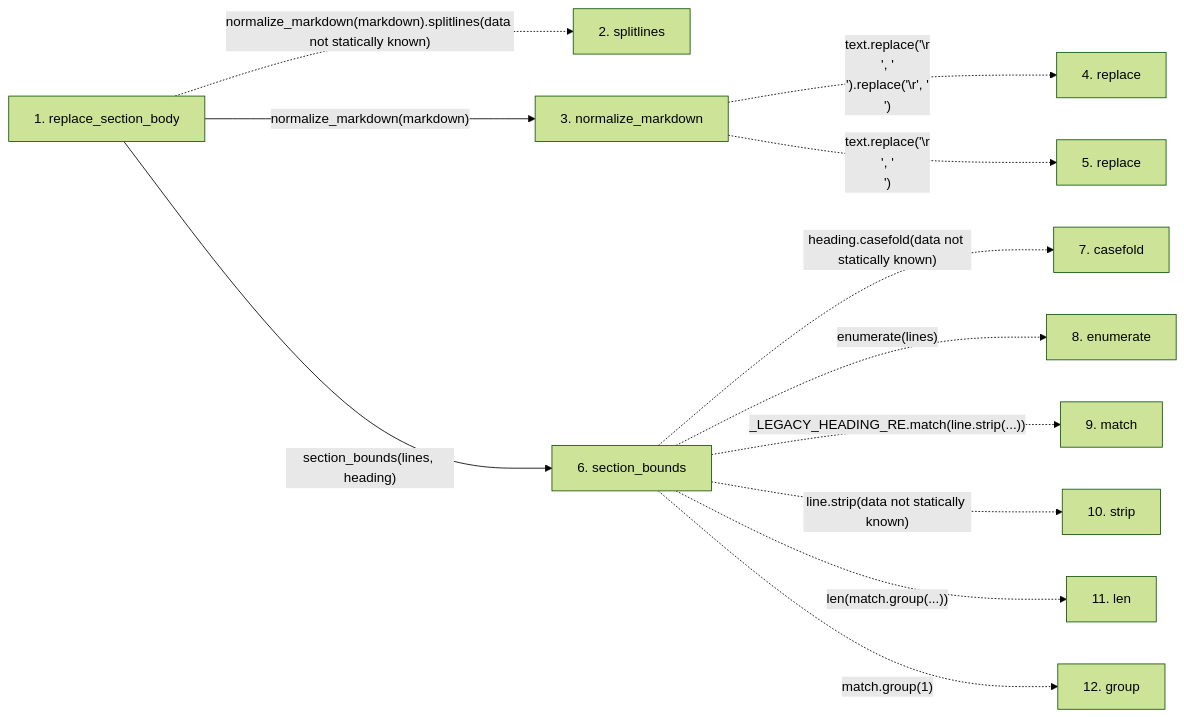
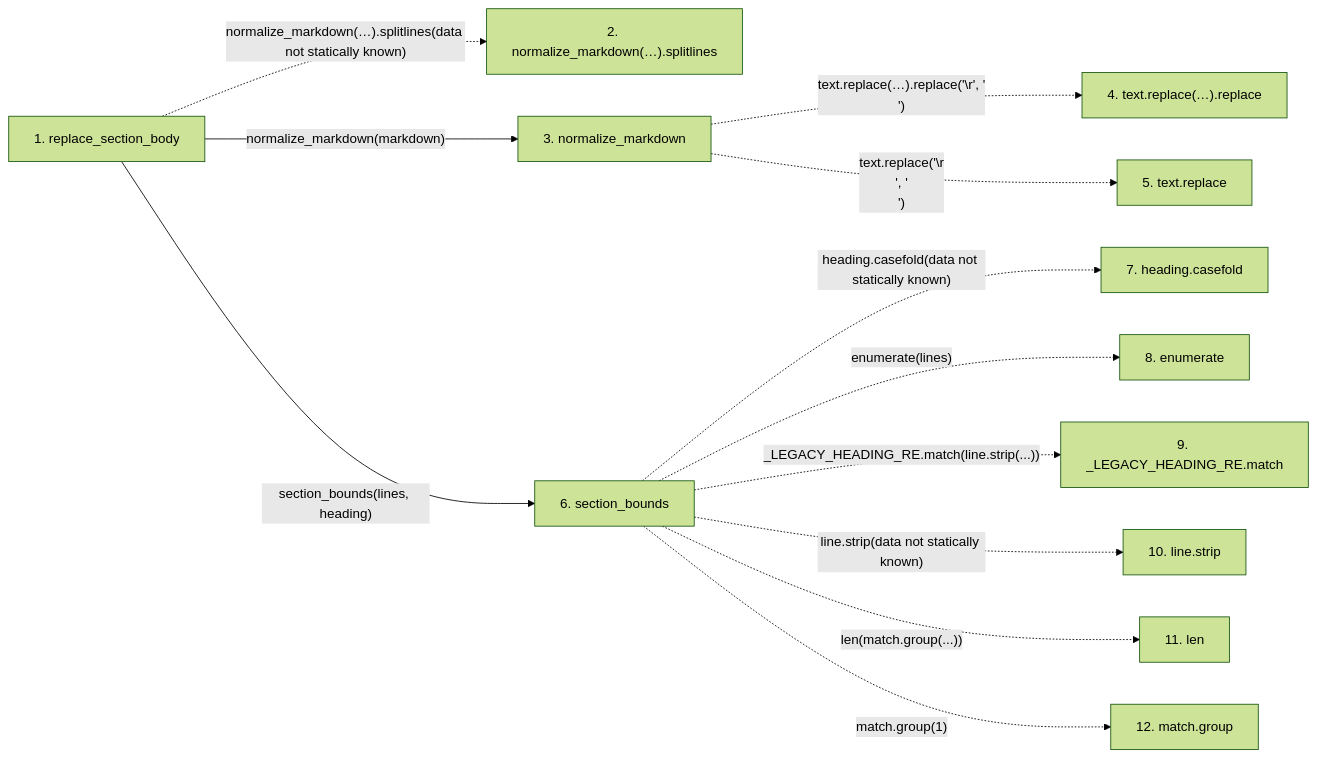
Before and after one commit to Denissvgn/python-wiki-llm: the second of 2 diagrams in docs/llm_wiki/flows/api-replace_section_body.md, drawn with Mermaid (forest theme). The commit also changed other lines of this file and 719 other files, not shown here.

````diff
--- a/docs/llm_wiki/flows/api-replace_section_body.md
+++ b/docs/llm_wiki/flows/api-replace_section_body.md
@@ -53,29 +59,29 @@
 ```mermaid
 flowchart LR
     s1["1. replace_section_body"]
-    s2["2. splitlines"]
+    s2["2. normalize_markdown(…).splitlines"]
     s3["3. normalize_markdown"]
-    s4["4. replace"]
-    s5["5. replace"]
+    s4["4. text.replace(…).replace"]
+    s5["5. text.replace"]
     s6["6. section_bounds"]
-    s7["7. casefold"]
+    s7["7. heading.casefold"]
     s8["8. enumerate"]
-    s9["9. match"]
-    s10["10. strip"]
+    s9["9. _LEGACY_HEADING_RE.match"]
+    s10["10. line.strip"]
     s11["11. len"]
-    s12["12. group"]
-    s1 -. "normalize_markdown(markdown).splitlines(data not statically known)" .-> s2
+    s12["12. match.group"]
+    s1 -. "normalize_markdown(…).splitlines(data not statically known)" .-> s2
     s1 -->|"normalize_markdown(markdown)"| s3
-    s3 -. "text.replace('\r\n', '\n').replace('\r', '\n')" .-> s4
+    s3 -. "text.replace(…).replace('\r', '\n')" .-> s4
     s3 -. "text.replace('\r\n', '\n')" .-> s5
     s1 -->|"section_bounds(lines, heading)"| s6
     s6 -. "heading.casefold(data not statically known)" .-> s7
     s6 -. "enumerate(lines)" .-> s8
     s6 -. "_LEGACY_HEADING_RE.match(line.strip(...))" .-> s9
     s6 -. "line.strip(data not statically known)" .-> s10
     s6 -. "len(match.group(...))" .-> s11
     s6 -. "match.group(1)" .-> s12
     click s1 "../modules/markdown_sections.md"
     click s3 "../modules/markdown_sections.md"
     click s6 "../modules/markdown_sections.md"
 ```
````
